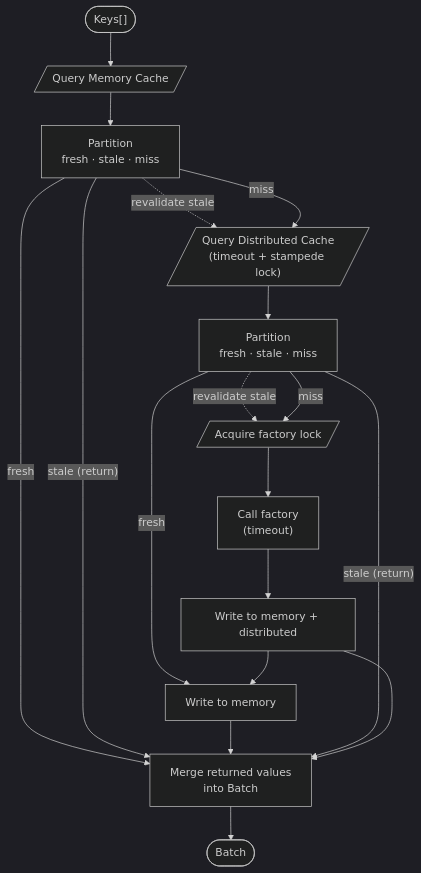
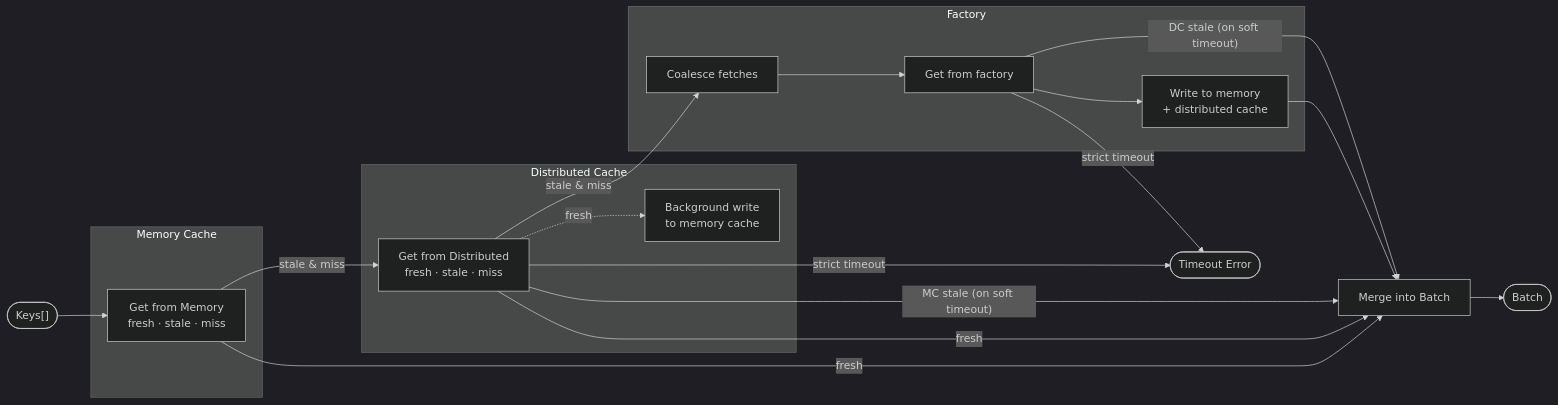
The diagram in README.md (wvanlit/tiered-cache), drawn with Mermaid (dark theme) before and after one commit. The commit also changed other lines of this file and 1 other file, not shown here.

Commit message:
Cleanup documentation

````diff
--- a/README.md
+++ b/README.md
@@ -29,49 +19,48 @@
 ```mermaid
-flowchart TD
-    %% ────────── Nodes ──────────
+flowchart LR
+    %% ─────────── Nodes ───────────
     Input(["Keys[]"])
 
-    MC[/"Query Memory Cache"/]
-    PartMem[Partition<br/>fresh · stale · miss]
+    subgraph Memory Cache
+        PartMem["Get from Memory<br/>fresh · stale · miss"]
+    end
 
-    DC[/"Query Distributed Cache<br/>(timeout + stampede lock)"/]
-    PartDist[Partition<br/>fresh · stale · miss]
+    subgraph Distributed Cache
+        PartDist["Get from Distributed<br/>fresh · stale · miss"]
+        WriteMem["Background write<br/>to memory cache"]
+    end
 
-    Lock[/"Acquire factory lock"/]
-    Factory["Call factory<br/>(timeout)"]
-    UpdateAll["Write to memory + distributed"]
+    subgraph factorySub["Factory"]
+        SLock["Coalesce fetches"]
+        Factory["Get from factory"]
+        WriteBoth["Write to memory<br/>+ distributed cache"]
+    end
 
-    WriteMem["Write to memory"]
+    Merge["Merge into Batch"]
+    Output([Batch])
+    Error(["Timeout Error"])
 
-    Merge["Merge returned values<br/>into Batch<K,V>"]
-    Output(["Batch<K,V>"])
+    %% ─────────── Flow ───────────
+    Input --> PartMem
 
-    %% ────────── Flow ──────────
-    Input --> MC --> PartMem
+    %% Memory-tier paths
+    PartMem -- fresh --> Merge
+    PartMem -- stale & miss --> PartDist
 
-    %% Memory-cache results
-    PartMem -- fresh --> Merge
-    PartMem -- stale (return) --> Merge
-    %% background SWR
-    PartMem -. revalidate stale .-> DC
-    %% foreground
-    PartMem -- miss --> DC
+    %% Distributed-tier paths
+    PartDist -- fresh --> Merge
+    PartDist -. fresh .-> WriteMem
+    PartDist -- MC stale (on soft timeout) --> Merge
+    PartDist -- stale & miss --> SLock
+    PartDist -- strict timeout --> Error
 
-    %% Distributed-cache results
-    DC --> PartDist
-    PartDist -- fresh --> WriteMem --> Merge
-    PartDist -- stale (return) --> Merge
-    %% background SWR
-    PartDist -. revalidate stale .-> Lock
-     %% foreground
-    PartDist -- miss --> Lock
 
-    %% Factory path
-    Lock --> Factory --> UpdateAll
-    %% warm memory
-    UpdateAll --> WriteMem
-    %% only when miss path waits
-    UpdateAll --> Merge
+    %% Stampede protection and factory
+    SLock --> Factory --> WriteBoth --> Merge
+    Factory -- DC stale (on soft timeout) --> Merge
+    Factory -- strict timeout --> Error
 
+
+    %% Final output
     Merge --> Output
 ```
````
